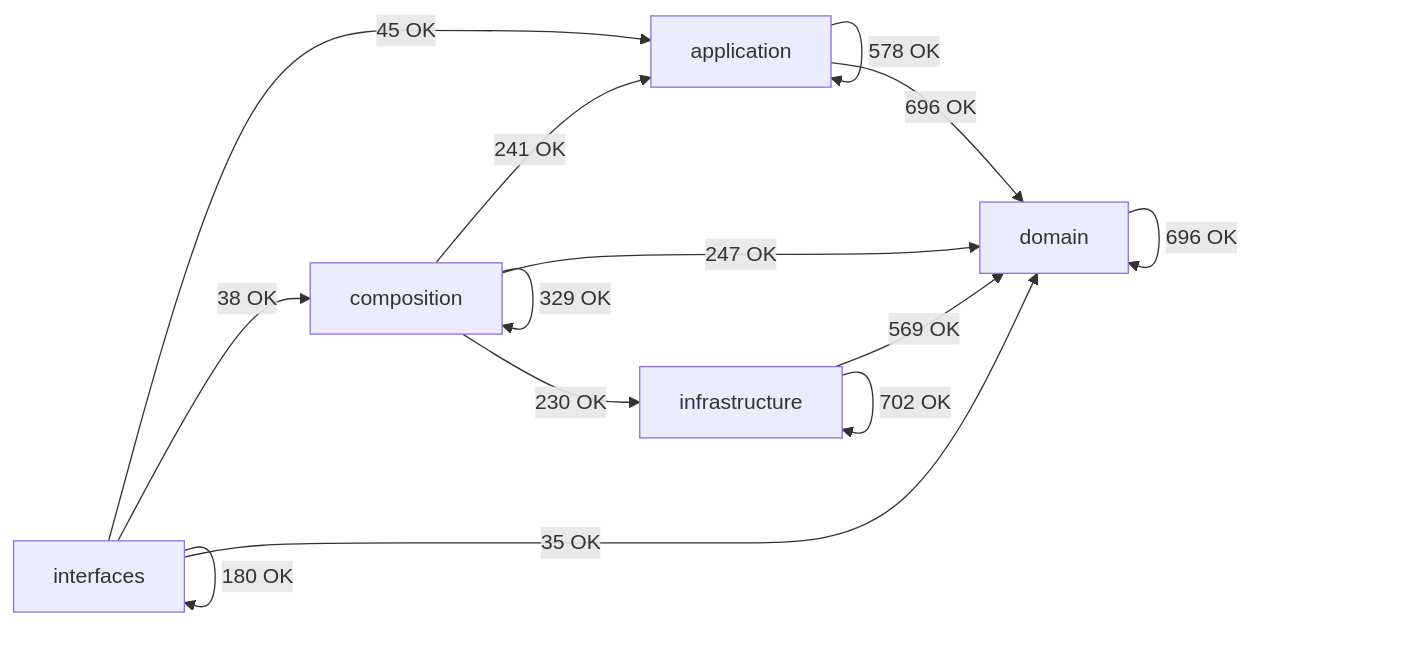
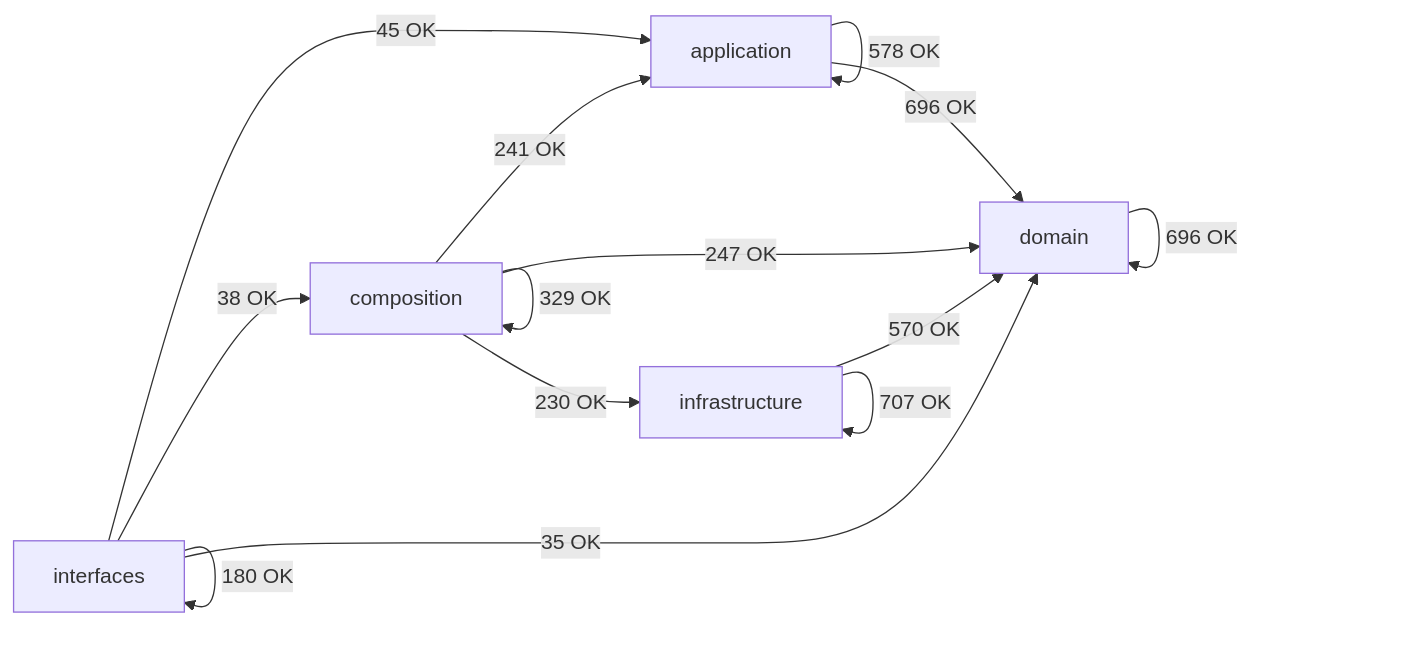
Before and after one commit to SatoryKono/BioactivityDataAcquisition: the diagram in docs/02-architecture/generated/module-dependency-map.md, drawn with Mermaid. The commit also changed other lines of this file and 7 other files, not shown here.

First line of the commit message:
Split PubChem search flow into internal module

````diff
--- a/docs/02-architecture/generated/module-dependency-map.md
+++ b/docs/02-architecture/generated/module-dependency-map.md
@@ -16,21 +16,21 @@
 ```mermaid
 flowchart LR
     domain[domain]
     application[application]
     infrastructure[infrastructure]
     composition[composition]
     interfaces[interfaces]
     application -->|578 OK| application
     application -->|696 OK| domain
     composition -->|241 OK| application
     composition -->|329 OK| composition
     composition -->|247 OK| domain
     composition -->|230 OK| infrastructure
     domain -->|696 OK| domain
-    infrastructure -->|569 OK| domain
-    infrastructure -->|702 OK| infrastructure
+    infrastructure -->|570 OK| domain
+    infrastructure -->|707 OK| infrastructure
     interfaces -->|45 OK| application
     interfaces -->|38 OK| composition
     interfaces -->|35 OK| domain
     interfaces -->|180 OK| interfaces
 ```
````
